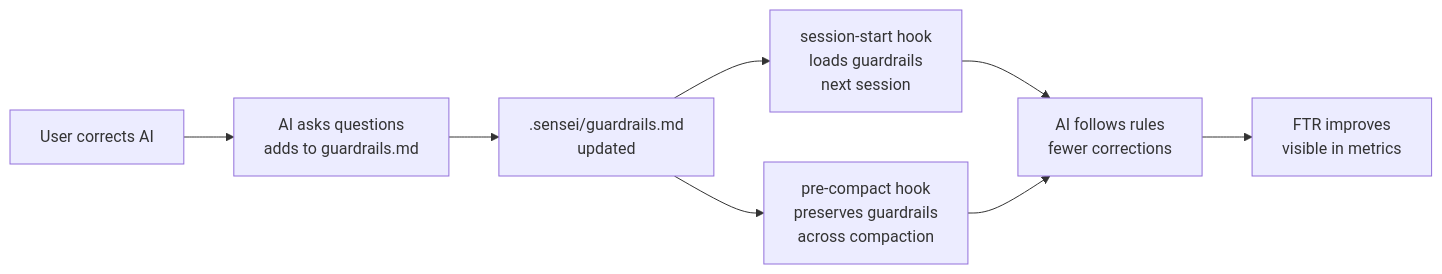
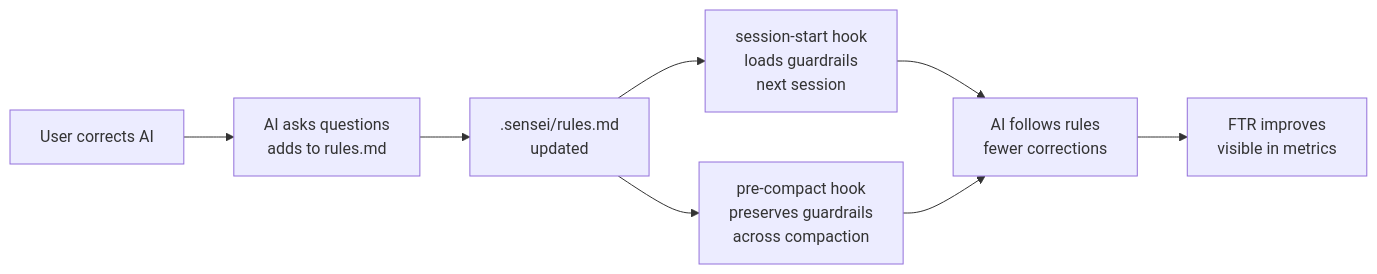
The third of 4 diagrams in docs/blueprints/02-system-architecture.md (sensei-hq/sensei), drawn with Mermaid before and after one commit. The commit also changed other lines of this file and 22 other files, not shown here.

First line of the commit message:
refactor: rename guardrails to rules throughout

````diff
--- a/docs/blueprints/02-system-architecture.md
+++ b/docs/blueprints/02-system-architecture.md
@@ -228,10 +228,10 @@
 ```mermaid
 flowchart LR
-    A[User corrects AI] --> B[AI asks questions<br/>adds to guardrails.md]
-    B --> C[.sensei/guardrails.md<br/>updated]
+    A[User corrects AI] --> B[AI asks questions<br/>adds to rules.md]
+    B --> C[.sensei/rules.md<br/>updated]
     C --> D[session-start hook<br/>loads guardrails<br/>next session]
     C --> E[pre-compact hook<br/>preserves guardrails<br/>across compaction]
     D --> F[AI follows rules<br/>fewer corrections]
     E --> F
     F --> G[FTR improves<br/>visible in metrics]
 ```
````
